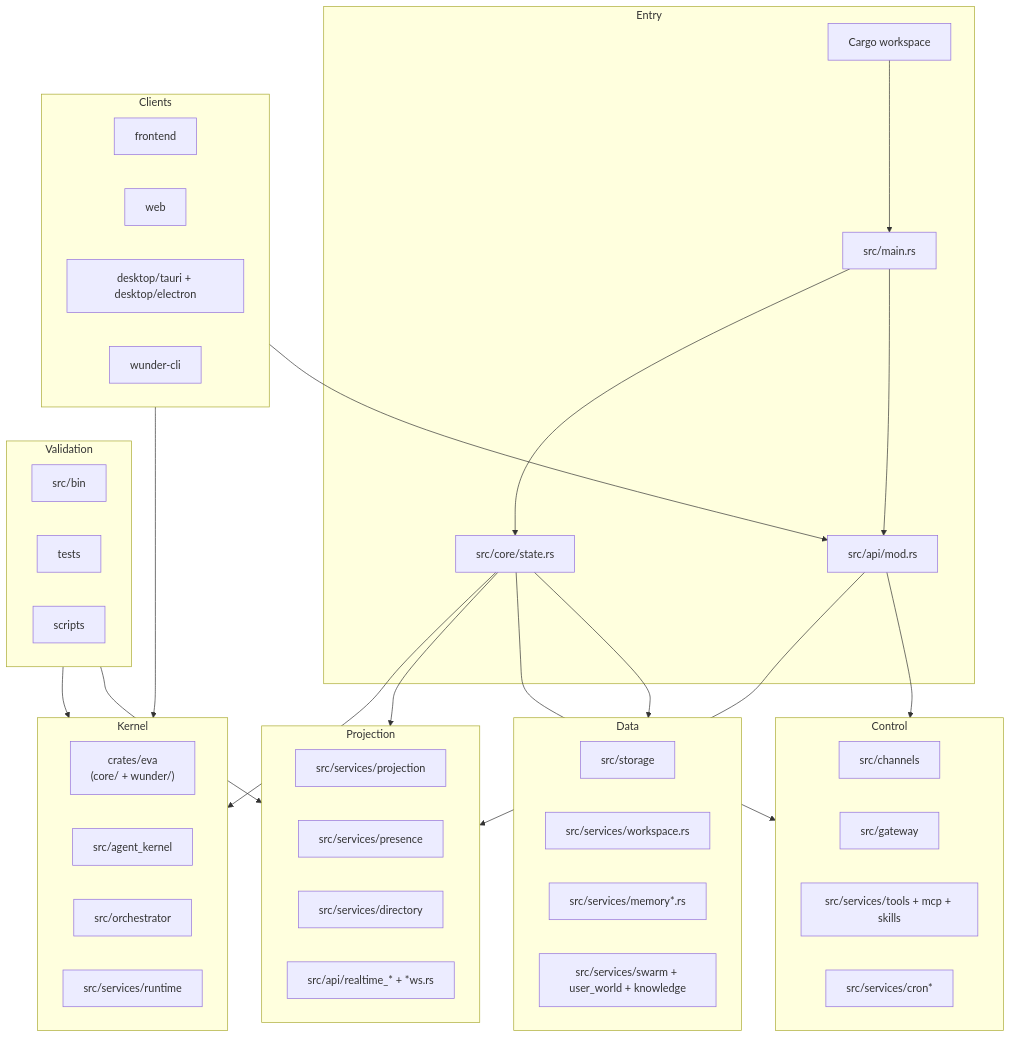
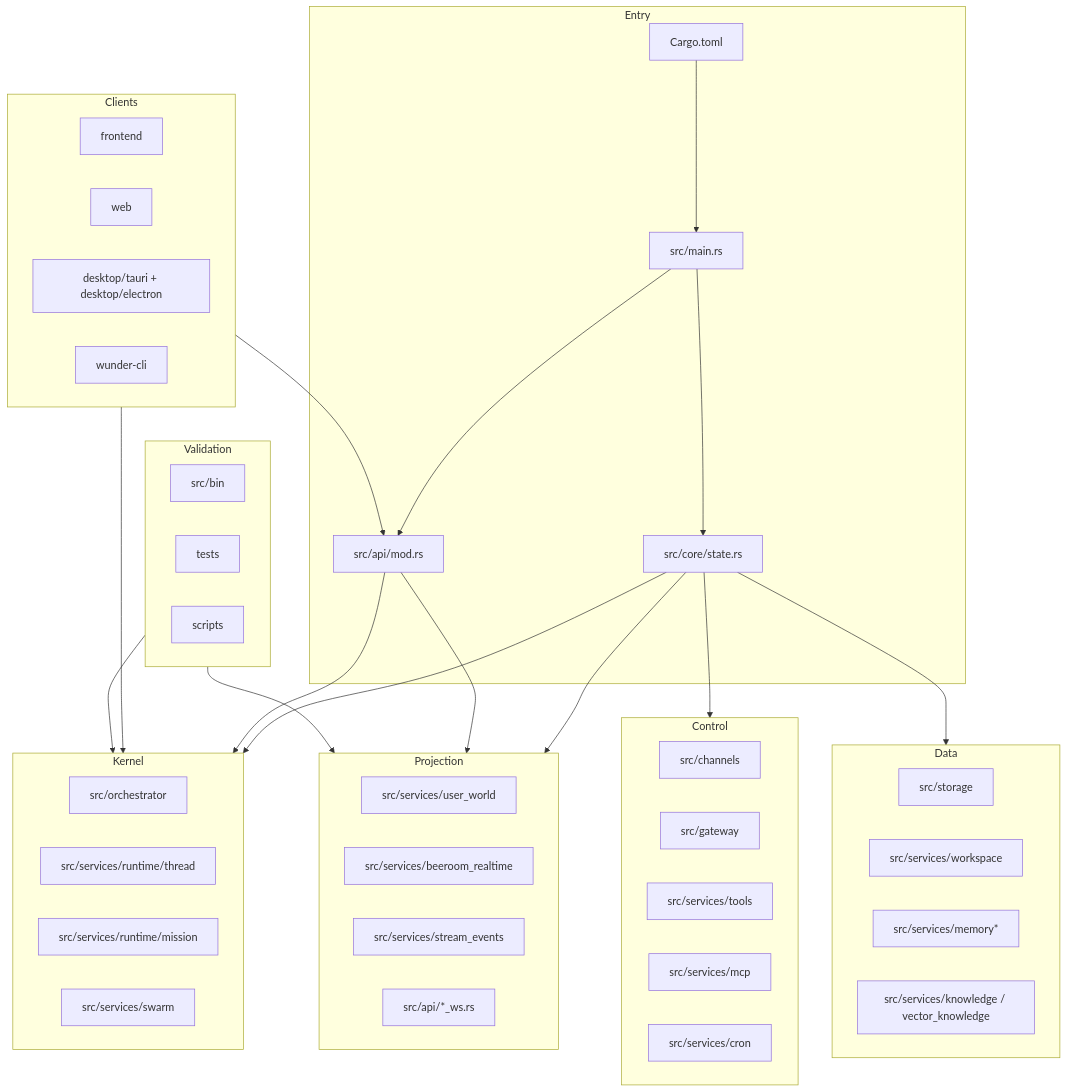
One commit to ylsdamxssjxxdd/wunder changed the second of 3 diagrams in docs/设计文档/01-系统总体设计.md. Above: the diagram before and after it, drawn with Mermaid. The commit also changed other lines of this file and 66 other files, not shown here.

````diff
--- a/docs/设计文档/01-系统总体设计.md
+++ b/docs/设计文档/01-系统总体设计.md
@@ -199,65 +169,65 @@
 ```mermaid
 flowchart TB
   subgraph Entry["Entry"]
-    Cargo["Cargo workspace"]
+    Cargo["Cargo.toml"]
     Main["src/main.rs"]
     State["src/core/state.rs"]
     Api["src/api/mod.rs"]
   end
 
   subgraph Kernel["Kernel"]
-    Eva["crates/eva"]
-    Eva["crates/eva\n(core/ + wunder/)"]
-    AgentKernel["src/agent_kernel"]
     Orch["src/orchestrator"]
-    Runtime["src/services/runtime"]
+    ThreadRt["src/services/runtime/thread"]
+    MissionRt["src/services/runtime/mission"]
+    Swarm["src/services/swarm"]
   end
 
   subgraph Projection["Projection"]
-    ProjectionSvc["src/services/projection"]
-    Presence["src/services/presence"]
-    Directory["src/services/directory"]
-    RealtimeApi["src/api/realtime_* + *ws.rs"]
+    UserWorld["src/services/user_world"]
+    Beeroom["src/services/beeroom_realtime"]
+    Events["src/services/stream_events"]
+    WsApi["src/api/*_ws.rs"]
   end
 
   subgraph Control["Control"]
     Channels["src/channels"]
     Gateway["src/gateway"]
-    Tools["src/services/tools + mcp + skills"]
-    Cron["src/services/cron*"]
+    Tools["src/services/tools"]
+    Mcp["src/services/mcp"]
+    Cron["src/services/cron"]
   end
 
   subgraph Data["Data"]
     Storage["src/storage"]
-    Workspace["src/services/workspace.rs"]
-    Memory["src/services/memory*.rs"]
-    Domain["src/services/swarm + user_world + knowledge"]
+    Workspace["src/services/workspace"]
+    Memory["src/services/memory*"]
+    Knowledge["src/services/knowledge / vector_knowledge"]
   end
 
   subgraph Clients["Clients"]
     Frontend["frontend"]
     Web["web"]
     Desktop["desktop/tauri + desktop/electron"]
     Cli["wunder-cli"]
   end
 
   subgraph Validation["Validation"]
     Bin["src/bin"]
     Tests["tests"]
     Scripts["scripts"]
   end
 
   Cargo --> Main
   Main --> State
   Main --> Api
   State --> Kernel
   State --> Projection
   State --> Control
   State --> Data
+  Api --> Kernel
   Api --> Projection
-  Api --> Control
   Clients --> Api
   Clients --> Kernel
   Validation --> Kernel
   Validation --> Projection
 ```
````
